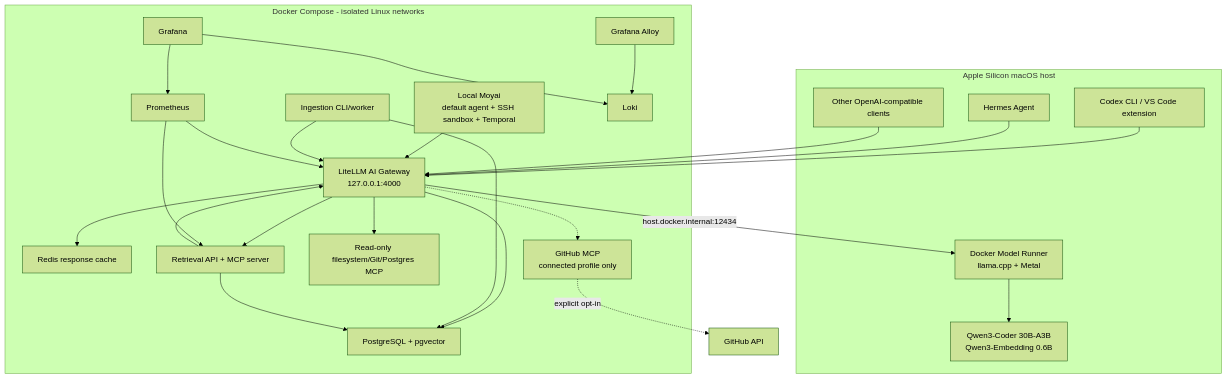
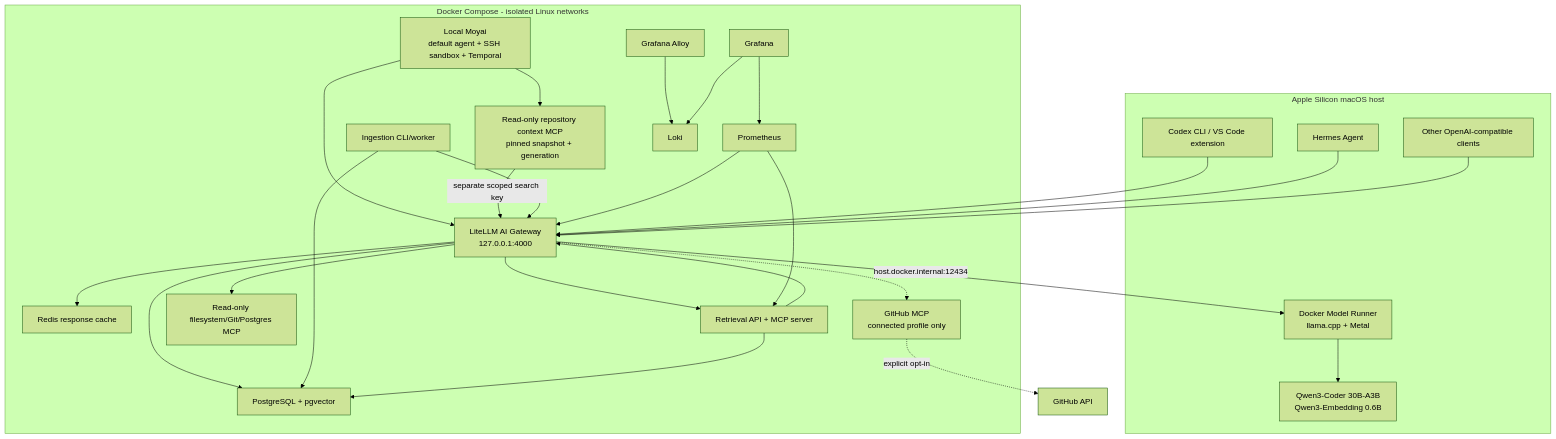
The first of 4 diagrams in docs/architecture.md (taras-kolodchyn/local-ai-platform), drawn with Mermaid (forest theme) before and after one commit. The commit also changed other lines of this file and 67 other files, not shown here.

````diff
--- a/docs/architecture.md
+++ b/docs/architecture.md
@@ -19,48 +22,51 @@
 ```mermaid
 flowchart TB
     subgraph Host["Apple Silicon macOS host"]
         Codex["Codex CLI / VS Code extension"]
         Hermes["Hermes Agent"]
         Other["Other OpenAI-compatible clients"]
         DMR["Docker Model Runner\nllama.cpp + Metal"]
         Qwen["Qwen3-Coder 30B-A3B\nQwen3-Embedding 0.6B"]
         DMR --> Qwen
     end
 
     subgraph Compose["Docker Compose - isolated Linux networks"]
         LiteLLM["LiteLLM AI Gateway\n127.0.0.1:4000"]
         Moyai["Local Moyai\ndefault agent + SSH sandbox + Temporal"]
+        RepositoryContext["Read-only repository context MCP\npinned snapshot + generation"]
         Redis["Redis response cache"]
         Postgres["PostgreSQL + pgvector"]
         Ingestion["Ingestion CLI/worker"]
         Retrieval["Retrieval API + MCP server"]
         OfflineTools["Read-only filesystem/Git/Postgres MCP"]
         GitHubMCP["GitHub MCP\nconnected profile only"]
         Prometheus["Prometheus"]
         Loki["Loki"]
         Alloy["Grafana Alloy"]
         Grafana["Grafana"]
 
         LiteLLM --> Redis
         Moyai --> LiteLLM
+        Moyai --> RepositoryContext
+        RepositoryContext -->|"separate scoped search key"| LiteLLM
         LiteLLM --> Postgres
         Ingestion --> LiteLLM
         Ingestion --> Postgres
         Retrieval --> LiteLLM
         Retrieval --> Postgres
         LiteLLM --> Retrieval
         LiteLLM --> OfflineTools
         LiteLLM -.-> GitHubMCP
         Prometheus --> LiteLLM
         Prometheus --> Retrieval
         Alloy --> Loki
         Grafana --> Prometheus
         Grafana --> Loki
     end
 
     Codex --> LiteLLM
     Hermes --> LiteLLM
     Other --> LiteLLM
     LiteLLM -->|"host.docker.internal:12434"| DMR
     GitHubMCP -. "explicit opt-in" .-> GitHub["GitHub API"]
 ```
````
